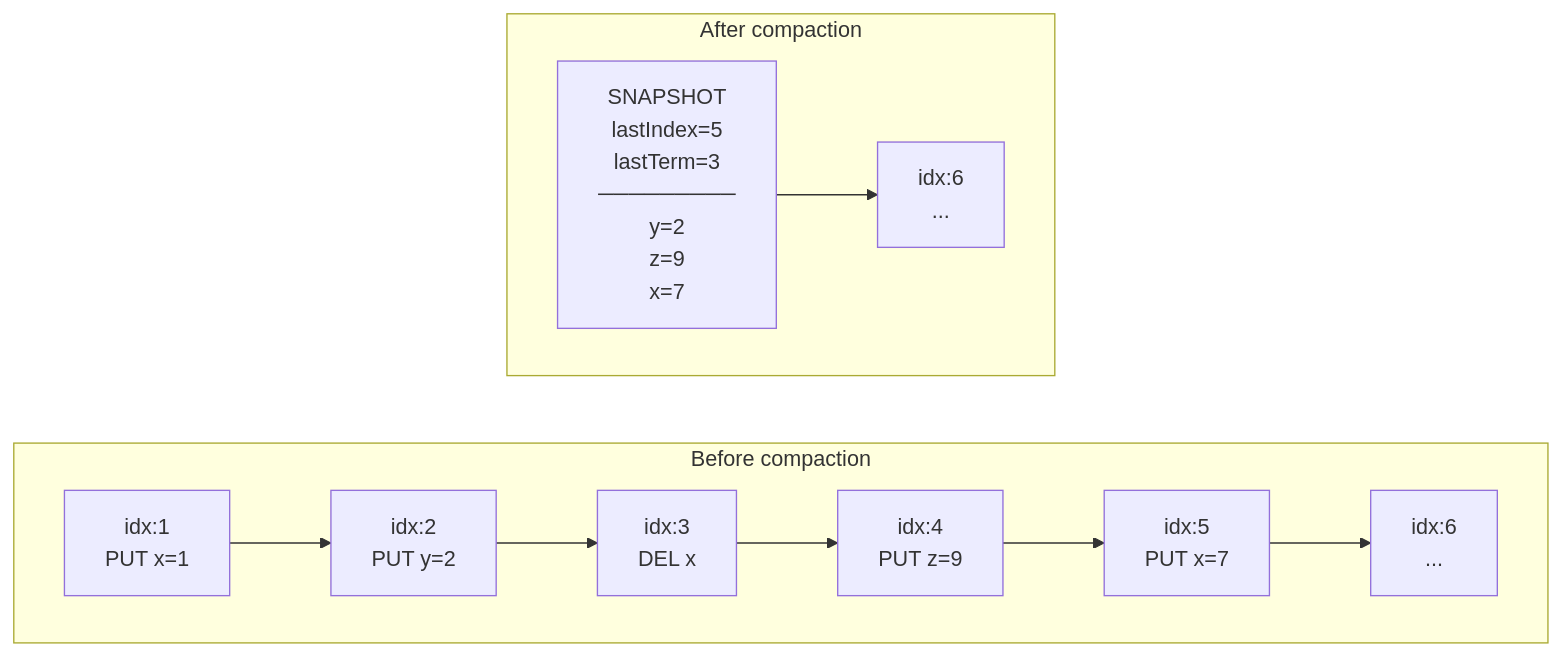
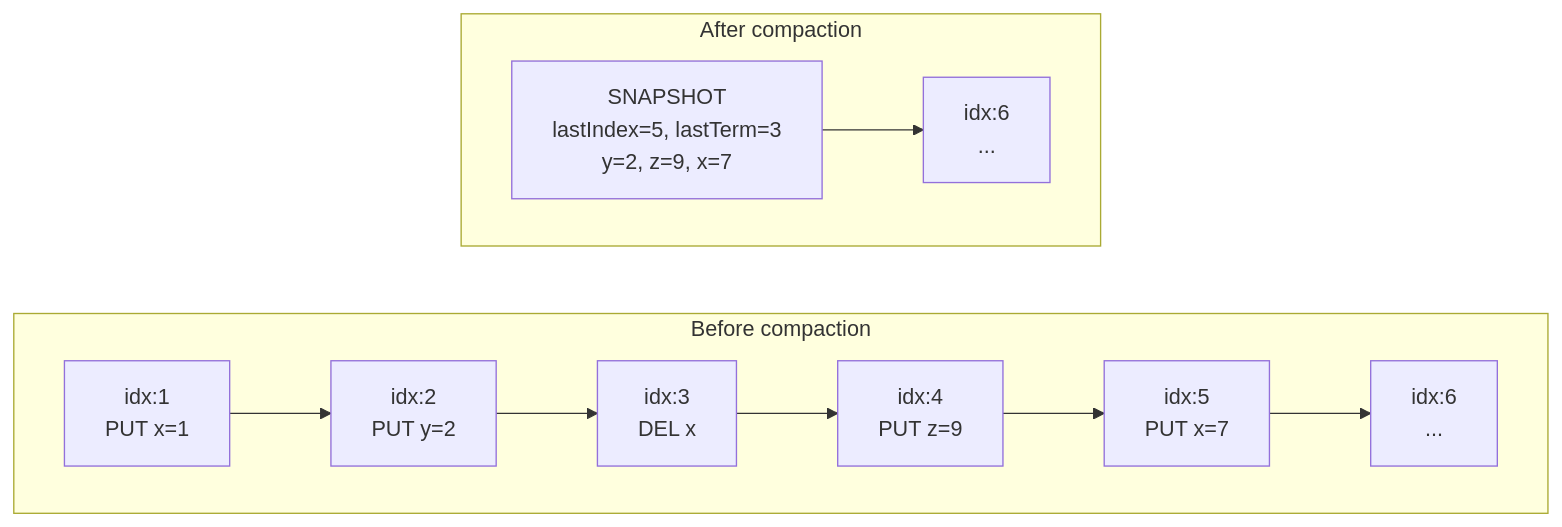
Before and after one commit to Utkarsh-patel26/Kronos: the seventh of 9 diagrams in README.md, drawn with Mermaid. The commit also changed other lines of this file, not shown here.

````diff
--- a/README.md
+++ b/README.md
@@ -286,20 +286,20 @@
 ```mermaid
 graph LR
-    subgraph Before compaction
+    subgraph BeforeCompaction ["Before compaction"]
         direction LR
-        E1["idx:1\nPUT x=1"]
-        E2["idx:2\nPUT y=2"]
-        E3["idx:3\nDEL x"]
-        E4["idx:4\nPUT z=9"]
-        E5["idx:5\nPUT x=7"]
-        E6["idx:6\n..."]
+        E1["idx:1<br/>PUT x=1"]
+        E2["idx:2<br/>PUT y=2"]
+        E3["idx:3<br/>DEL x"]
+        E4["idx:4<br/>PUT z=9"]
+        E5["idx:5<br/>PUT x=7"]
+        E6["idx:6<br/>..."]
         E1 --> E2 --> E3 --> E4 --> E5 --> E6
     end
 
-    subgraph After compaction
+    subgraph AfterCompaction ["After compaction"]
         direction LR
-        SNAP["SNAPSHOT\nlastIndex=5\nlastTerm=3\n─────────\ny=2\nz=9\nx=7"]
-        E6b["idx:6\n..."]
+        SNAP["SNAPSHOT<br/>lastIndex=5, lastTerm=3<br/>y=2, z=9, x=7"]
+        E6b["idx:6<br/>..."]
         SNAP --> E6b
     end
 ```
````
